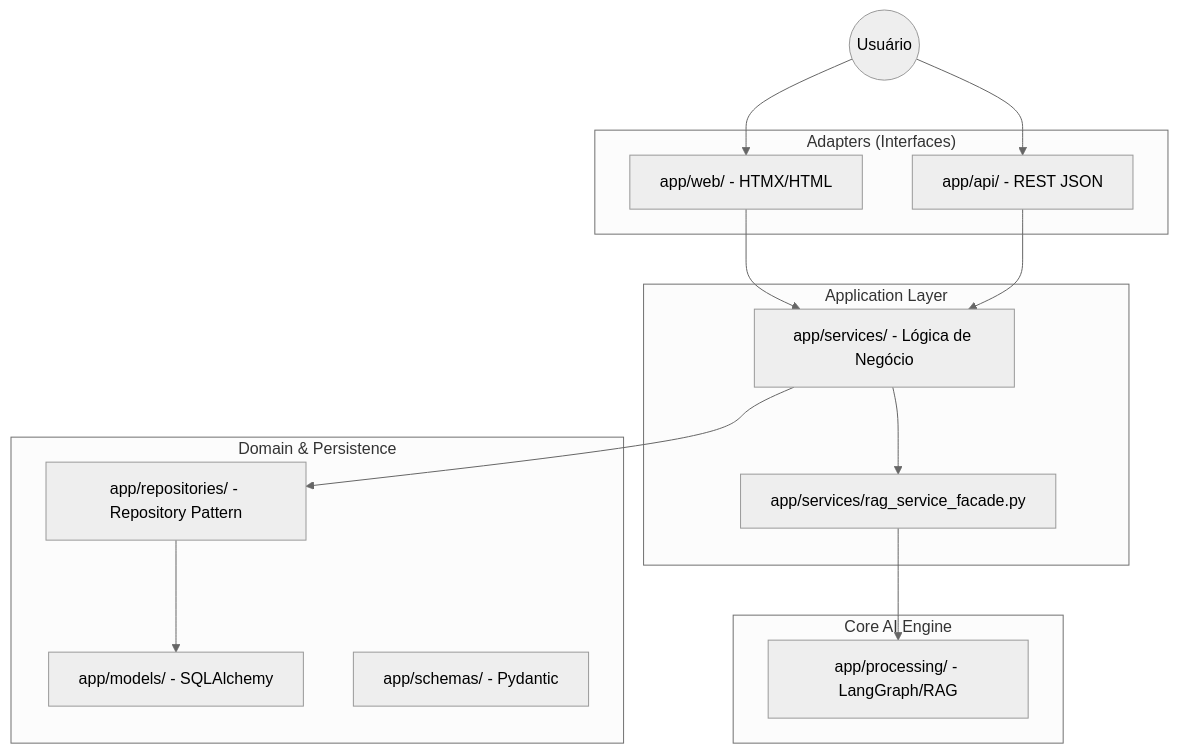
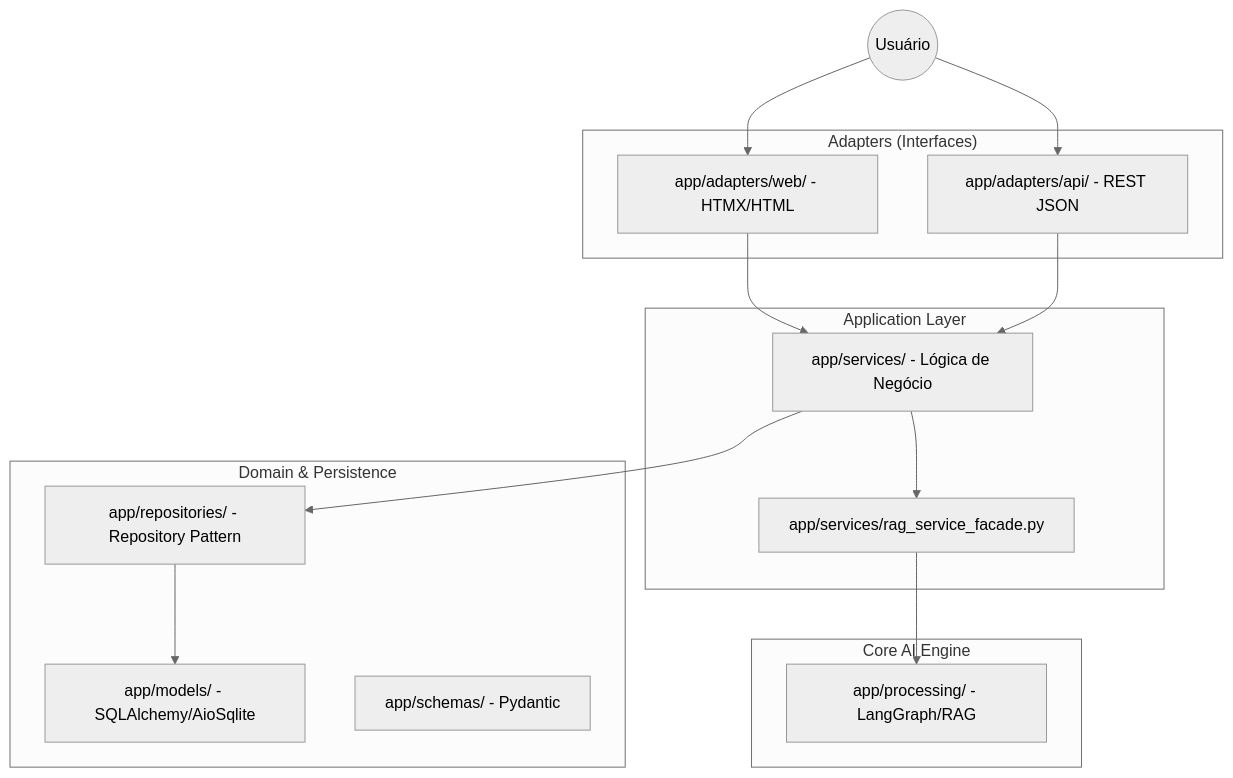
One commit to gmsarti/grifo changed the diagram in README.md. Above: the diagram before and after it, drawn with Mermaid (neutral theme). The commit also changed other lines of this file, not shown here.

````diff
--- a/README.md
+++ b/README.md
@@ -33,33 +36,33 @@
 ```mermaid
 graph TD
     User((Usuário))
 
     subgraph "Adapters (Interfaces)"
-        Web[app/web/ - HTMX/HTML]
-        API[app/api/ - REST JSON]
+        Web[app/adapters/web/ - HTMX/HTML]
+        API[app/adapters/api/ - REST JSON]
     end
 
     subgraph "Application Layer"
         Services[app/services/ - Lógica de Negócio]
         RAGFacade[app/services/rag_service_facade.py]
     end
 
     subgraph "Domain & Persistence"
         Repos[app/repositories/ - Repository Pattern]
-        Models[app/models/ - SQLAlchemy]
+        Models[app/models/ - SQLAlchemy/AioSqlite]
         Schemas[app/schemas/ - Pydantic]
     end
 
     subgraph "Core AI Engine"
         IA[app/processing/ - LangGraph/RAG]
     end
 
     User --> Web
     User --> API
     Web --> Services
     API --> Services
     Services --> Repos
     Services --> RAGFacade
     Repos --> Models
     RAGFacade --> IA
 ```
````
